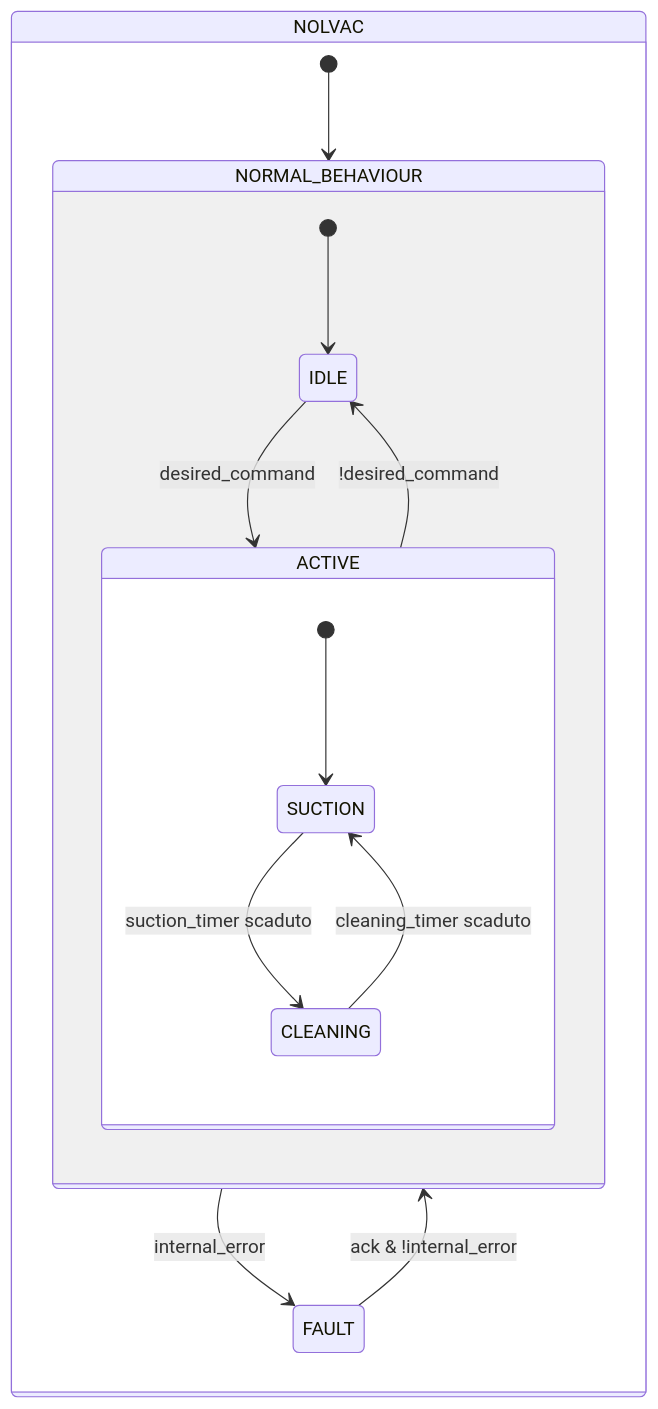
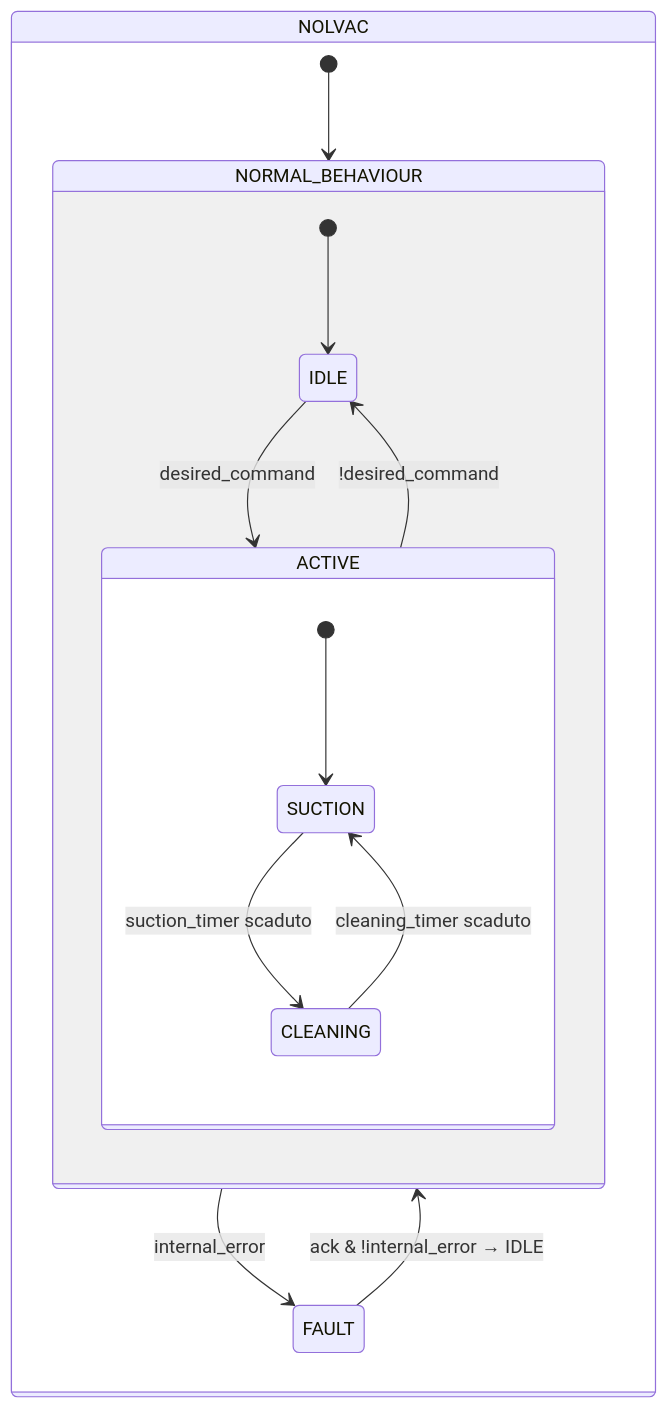
The second of 2 diagrams in docs/it/library/nolvac/timed-cycle/index.md (AleFire99/TIA_knowledge), drawn with Mermaid before and after one commit. The commit also changed other lines of this file and 17 other files, not shown here.

````diff
--- a/docs/it/library/nolvac/timed-cycle/index.md
+++ b/docs/it/library/nolvac/timed-cycle/index.md
@@ -94,18 +94,18 @@
 ```mermaid
 stateDiagram-v2
 state NOLVAC{
     [*] --> NORMAL_BEHAVIOUR
     state NORMAL_BEHAVIOUR {
         [*] --> IDLE
         IDLE --> ACTIVE : desired_command
         state ACTIVE {
             [*] --> SUCTION
             SUCTION --> CLEANING : suction_timer scaduto
             CLEANING --> SUCTION : cleaning_timer scaduto
         }
         ACTIVE --> IDLE : !desired_command
     }
     NORMAL_BEHAVIOUR --> FAULT : internal_error
-    FAULT --> NORMAL_BEHAVIOUR : ack & !internal_error
+    FAULT --> NORMAL_BEHAVIOUR : ack & !internal_error → IDLE
 }
 ```
````
